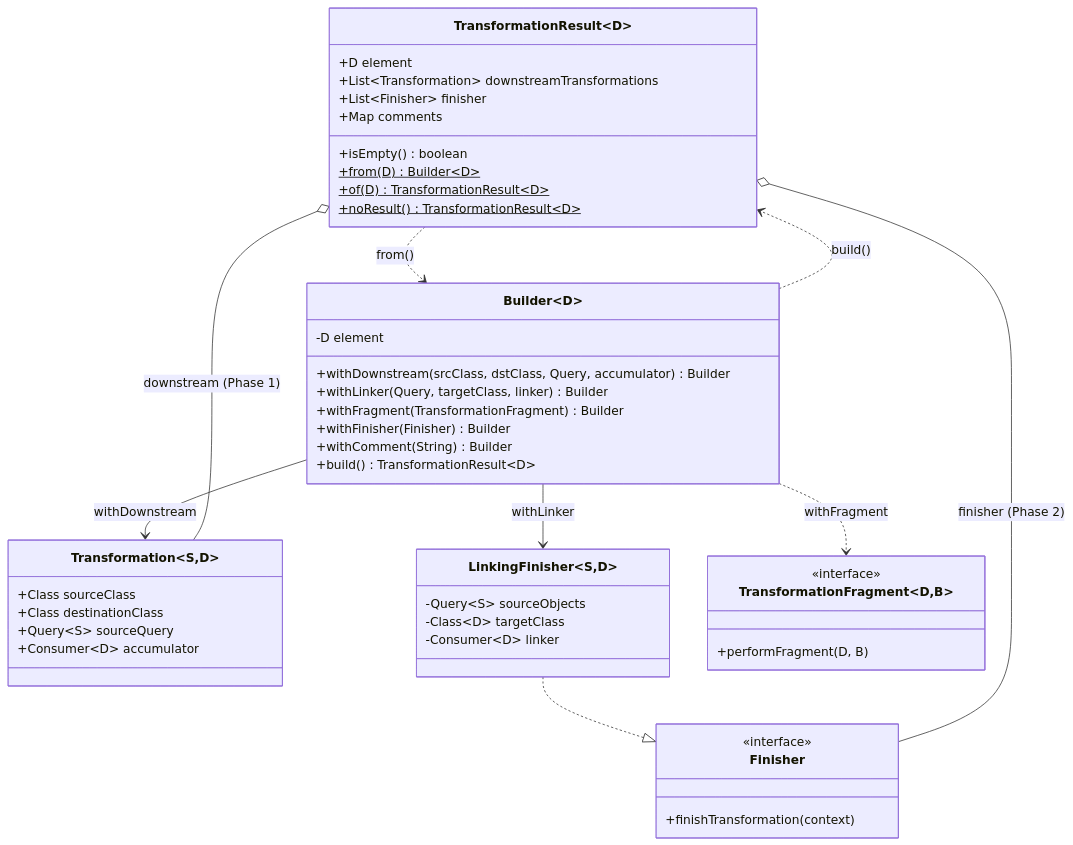
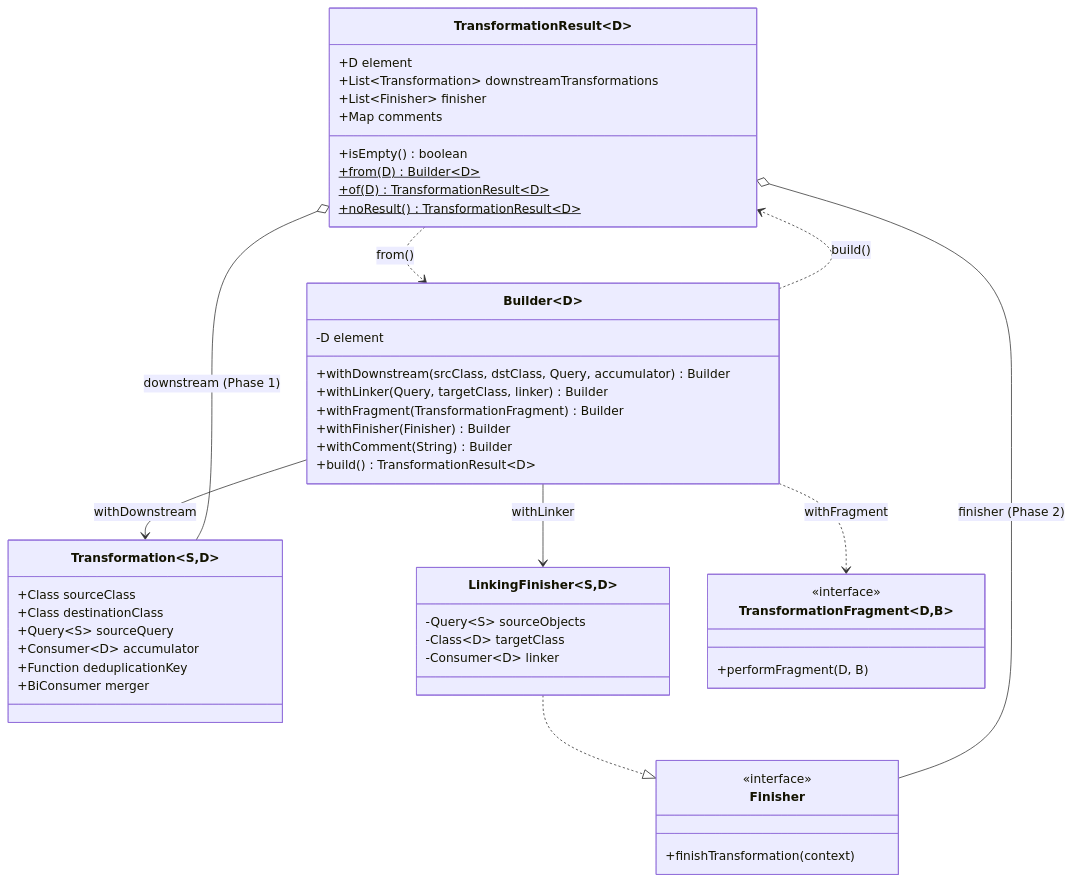
The fourth of 8 diagrams in kbl2vec/ARCHITECTURE.md (4Soft-de/harness-model), drawn with Mermaid before and after one commit. The commit also changed other lines of this file and 1 other file, not shown here.

First line of the commit message:
docs(kbl2vec): document the design rationale of the two-phase architecture

````diff
--- a/kbl2vec/ARCHITECTURE.md
+++ b/kbl2vec/ARCHITECTURE.md
@@ -286,50 +352,52 @@
 ```mermaid
 classDiagram
     class TransformationResult~D~ {
         +D element
         +List~Transformation~ downstreamTransformations
         +List~Finisher~ finisher
         +Map comments
         +isEmpty() boolean
         +from(D)$ Builder~D~
         +of(D)$ TransformationResult~D~
         +noResult()$ TransformationResult~D~
     }
     class Builder~D~ {
         -D element
         +withDownstream(srcClass, dstClass, Query, accumulator) Builder
         +withLinker(Query, targetClass, linker) Builder
         +withFragment(TransformationFragment) Builder
         +withFinisher(Finisher) Builder
         +withComment(String) Builder
         +build() TransformationResult~D~
     }
     class Transformation~S,D~ {
         +Class sourceClass
         +Class destinationClass
         +Query~S~ sourceQuery
         +Consumer~D~ accumulator
+        +Function deduplicationKey
+        +BiConsumer merger
     }
     class Finisher {
         <<interface>>
         +finishTransformation(context)
     }
     class LinkingFinisher~S,D~ {
         -Query~S~ sourceObjects
         -Class~D~ targetClass
         -Consumer~D~ linker
     }
     class TransformationFragment~D,B~ {
         <<interface>>
         +performFragment(D, B)
     }
 
     TransformationResult~D~ ..> Builder~D~ : from()
     Builder~D~ ..> TransformationResult~D~ : build()
     Builder~D~ --> Transformation~S,D~ : withDownstream
     Builder~D~ --> LinkingFinisher~S,D~ : withLinker
     Builder~D~ ..> TransformationFragment~D,B~ : withFragment
     LinkingFinisher~S,D~ ..|> Finisher
     TransformationResult~D~ o-- Transformation~S,D~ : downstream (Phase 1)
     TransformationResult~D~ o-- Finisher : finisher (Phase 2)
 ```
````
